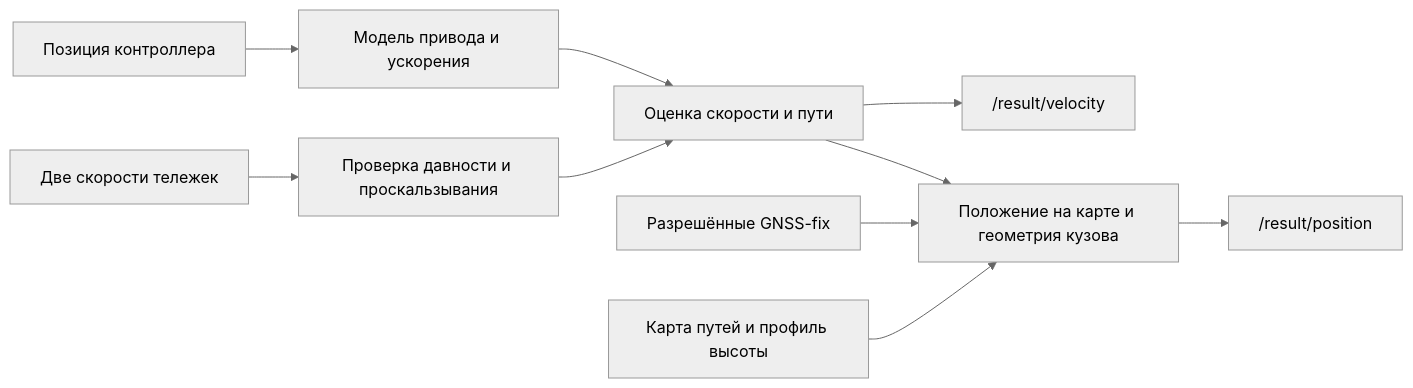
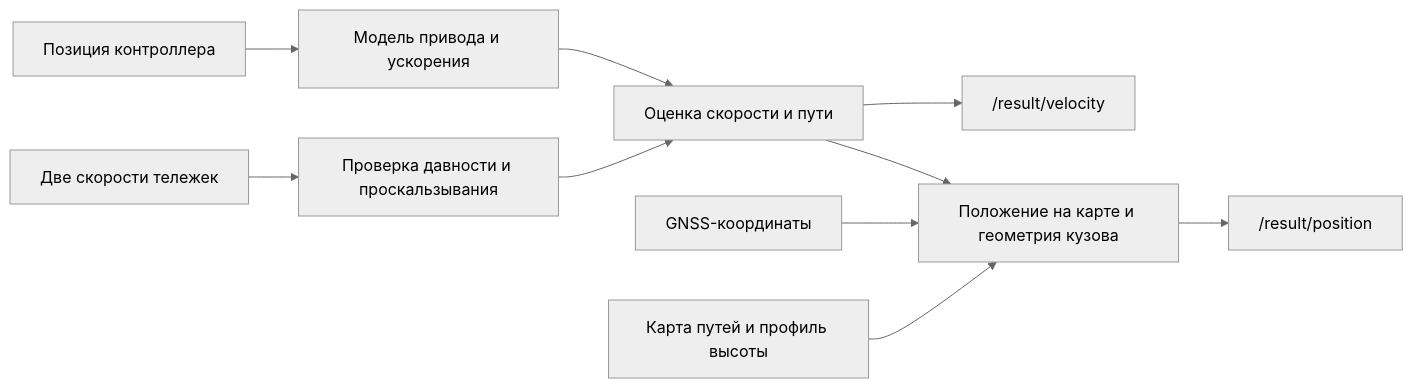
The diagram in docs/submission/MODEL.md (IGK-arch/Reserve-odometry-according-to-the-model), drawn with Mermaid (neutral theme) before and after one commit. The commit also changed other lines of this file and 10 other files, not shown here.

````diff
--- a/docs/submission/MODEL.md
+++ b/docs/submission/MODEL.md
@@ -5,12 +5,12 @@
 ```mermaid
 flowchart LR
     C[Позиция контроллера] --> D[Модель привода и ускорения]
     D --> E[Оценка скорости и пути]
     W[Две скорости тележек] --> G[Проверка давности и проскальзывания]
     G --> E
     E --> V["/result/velocity"]
     E --> N[Положение на карте и геометрия кузова]
-    F[Разрешённые GNSS-fix] --> N
+    F[GNSS-координаты] --> N
     M[Карта путей и профиль высоты] --> N
     N --> P["/result/position"]
 ```
````
